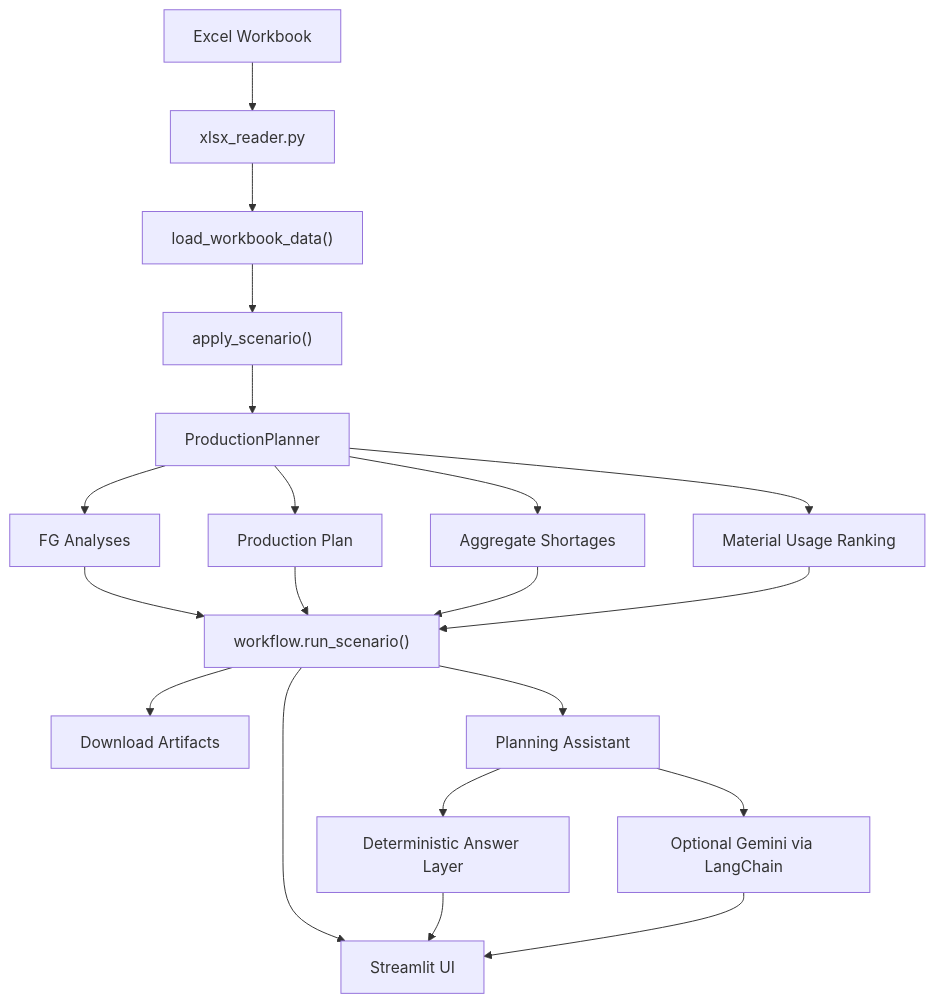
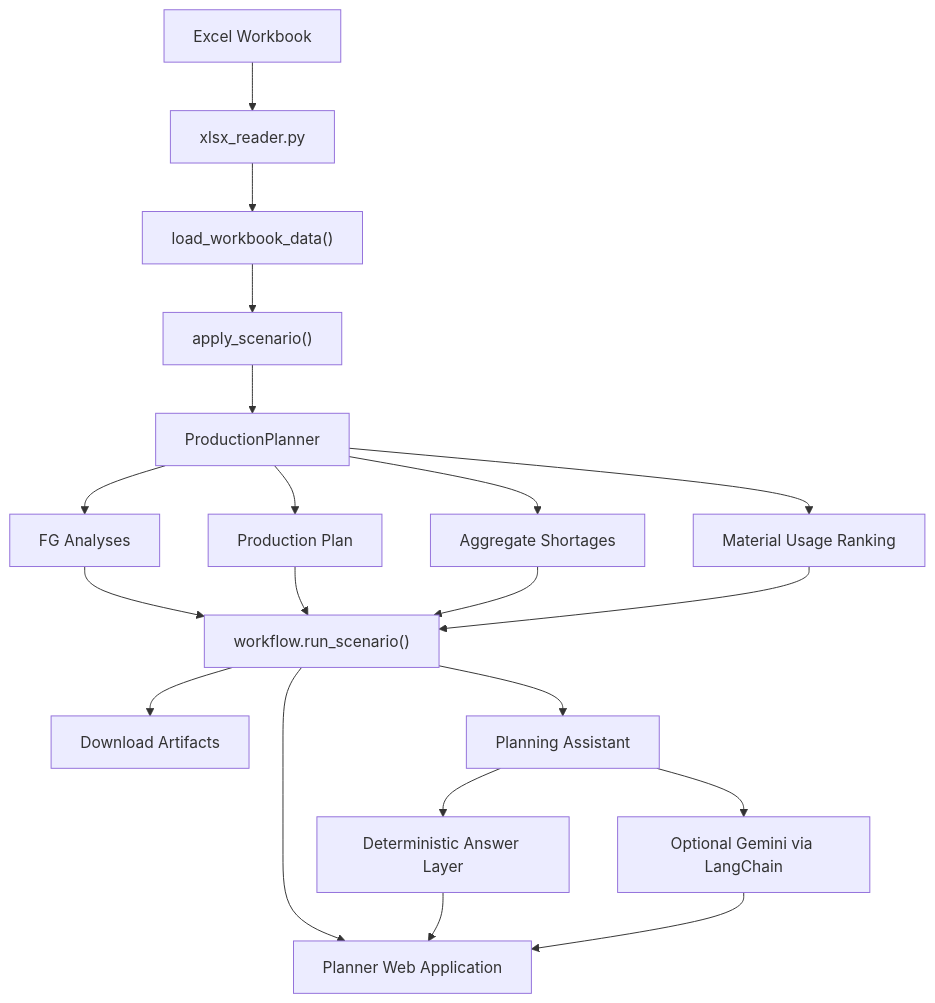
The first of 3 diagrams in Desktop/ForgeBoard/docs/forgeboard_solution_blueprint.md (InsightfulSantosh/ForgeBoard), drawn with Mermaid before and after one commit. The commit also changed other lines of this file and 3 other files, not shown here.

````diff
--- a/Desktop/ForgeBoard/docs/forgeboard_solution_blueprint.md
+++ b/Desktop/ForgeBoard/docs/forgeboard_solution_blueprint.md
@@ -313,22 +313,22 @@
 ```mermaid
 flowchart TD
     A["Excel Workbook"] --> B["xlsx_reader.py"]
     B --> C["load_workbook_data()"]
     C --> D["apply_scenario()"]
     D --> E["ProductionPlanner"]
     E --> F["FG Analyses"]
     E --> G["Production Plan"]
     E --> H["Aggregate Shortages"]
     E --> I["Material Usage Ranking"]
     F --> J["workflow.run_scenario()"]
     G --> J
     H --> J
     I --> J
-    J --> K["Streamlit UI"]
+    J --> K["Planner Web Application"]
     J --> L["Download Artifacts"]
     J --> M["Planning Assistant"]
     M --> N["Deterministic Answer Layer"]
     M --> O["Optional Gemini via LangChain"]
     N --> K
     O --> K
 ```
````
